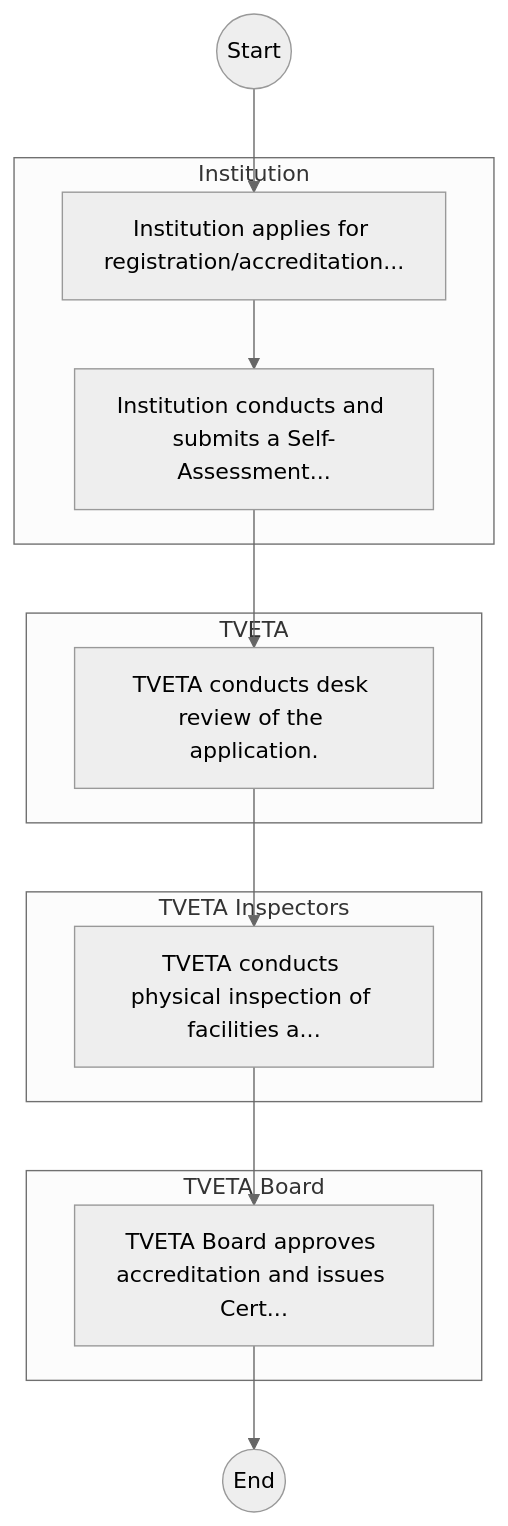
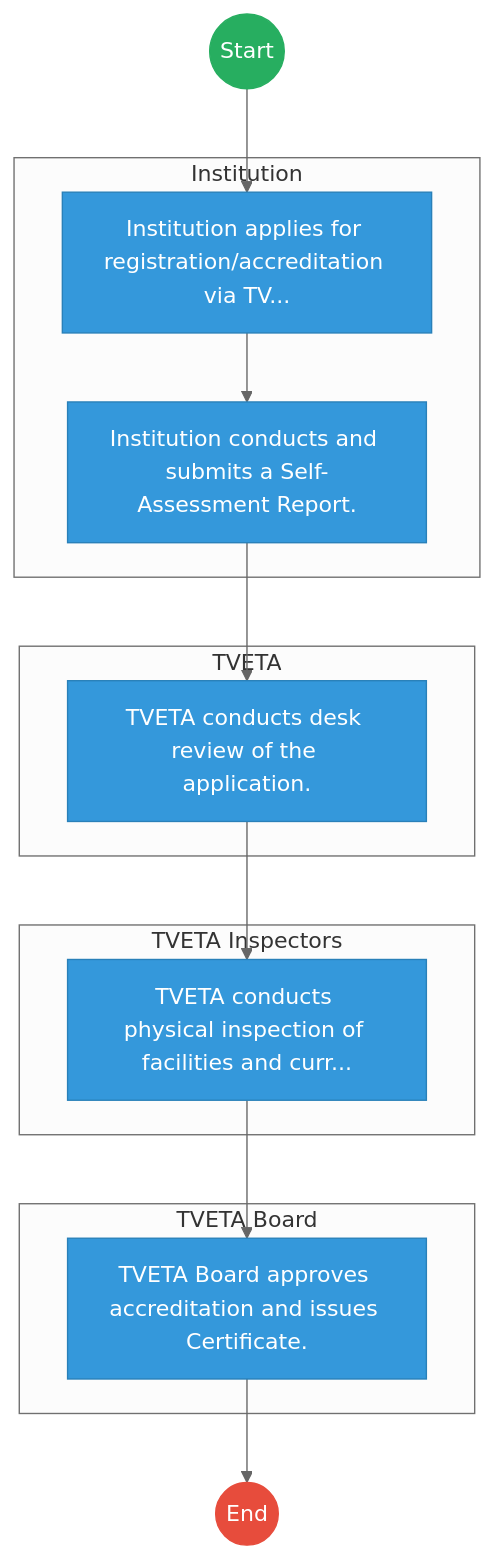
Before and after one commit to BITZ-IT-Consulting-LTD/ictapoc: the first of 2 diagrams in mdas/docs_final/Technical_and_Vocational_Education_and_Training_Authority___Service_Delivery.md, drawn with Mermaid (neutral theme). The commit also changed other lines of this file and 461 other files, not shown here.

````diff
--- a/mdas/docs_final/Technical_and_Vocational_Education_and_Training_Authority___Service_Delivery.md
+++ b/mdas/docs_final/Technical_and_Vocational_Education_and_Training_Authority___Service_Delivery.md
@@ -20,22 +20,35 @@
 ```mermaid
 graph TD
     Start((Start)) --> S1
+
     subgraph Institution [Institution]
-        S1["Institution applies for registration/accreditation..."]
-        S2["Institution conducts and submits a Self-Assessment..."]
+        S1["Institution applies for registration/accreditation via TV..."]
+        S2["Institution conducts and submits a Self-Assessment Report."]
     end
+
     subgraph TVETA [TVETA]
         S3["TVETA conducts desk review of the application."]
     end
-    subgraph TVETAInspectors [TVETA Inspectors]
-        S4["TVETA conducts physical inspection of facilities a..."]
+
+    subgraph TVETA_Inspectors [TVETA Inspectors]
+        S4["TVETA conducts physical inspection of facilities and curr..."]
     end
-    subgraph TVETABoard [TVETA Board]
-        S5["TVETA Board approves accreditation and issues Cert..."]
+
+    subgraph TVETA_Board [TVETA Board]
+        S5["TVETA Board approves accreditation and issues Certificate."]
     end
     S1 --> S2
     S2 --> S3
     S3 --> S4
     S4 --> S5
     S5 --> End((End))
+
+    classDef start fill:#27ae60,stroke:#27ae60,color:#fff;
+    classDef endNode fill:#e74c3c,stroke:#e74c3c,color:#fff;
+    classDef userTask fill:#3498db,stroke:#2980b9,color:#fff;
+    classDef serviceTask fill:#9b59b6,stroke:#8e44ad,color:#fff;
+
+    class Start start;
+    class End endNode;
+    class S1,S2,S3,S4,S5 userTask;
 ```
````
